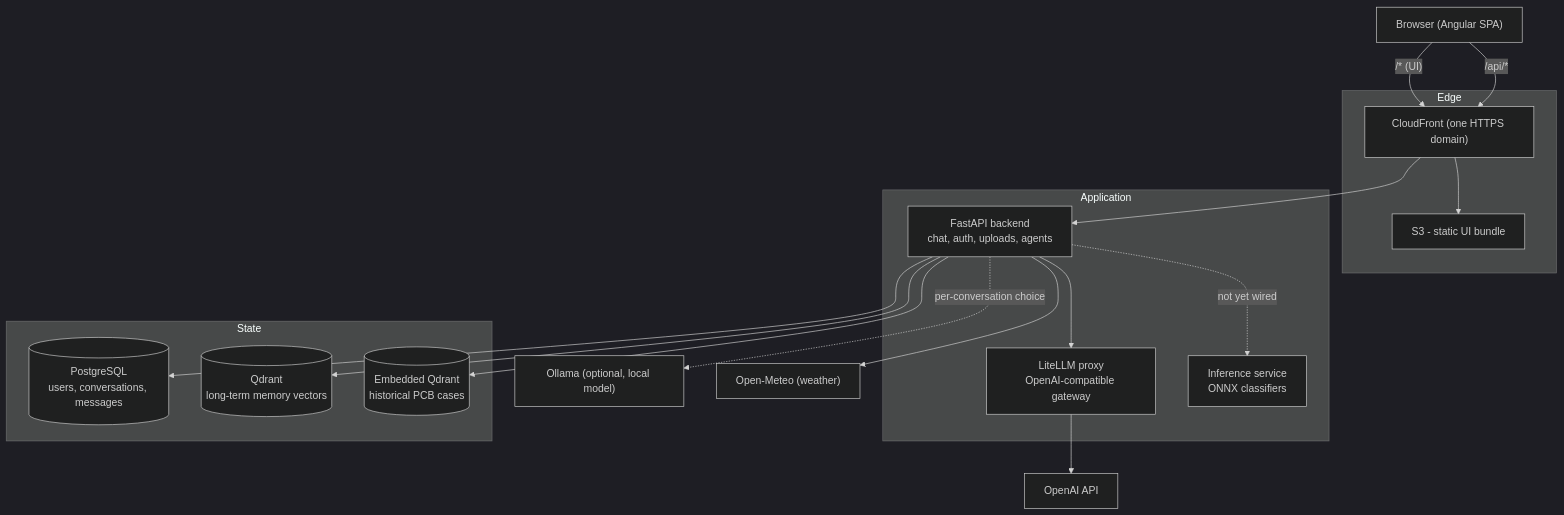
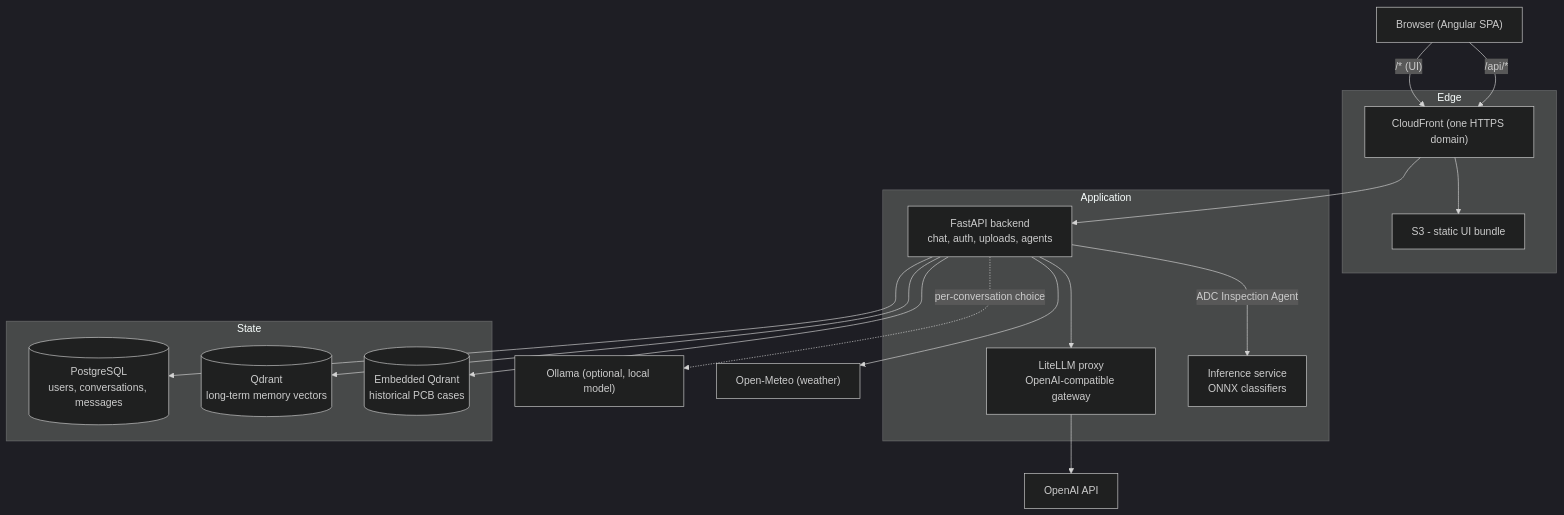
The first of 2 diagrams in docs/ARCHITECTURE.md (JC-prog/sentinel-pcb), drawn with Mermaid (dark theme) before and after one commit. The commit also changed other lines of this file and 2 other files, not shown here.

First line of the commit message:
docs: document the ADC inspection agent and intent router

````diff
--- a/docs/ARCHITECTURE.md
+++ b/docs/ARCHITECTURE.md
@@ -26,35 +26,35 @@
 ```mermaid
 flowchart TD
     browser["Browser (Angular SPA)"]
 
     subgraph edge["Edge"]
         cf["CloudFront (one HTTPS domain)"]
         s3["S3 - static UI bundle"]
     end
 
     subgraph app["Application"]
         be["FastAPI backend<br/>chat, auth, uploads, agents"]
         lite["LiteLLM proxy<br/>OpenAI-compatible gateway"]
         inf["Inference service<br/>ONNX classifiers"]
     end
 
     subgraph data["State"]
         pg[("PostgreSQL<br/>users, conversations, messages")]
         qd[("Qdrant<br/>long-term memory vectors")]
         eqd[("Embedded Qdrant<br/>historical PCB cases")]
     end
 
     openai["OpenAI API"]
     ollama["Ollama (optional, local model)"]
     ometeo["Open-Meteo (weather)"]
 
     browser -->|"/* (UI)"| cf --> s3
     browser -->|"/api/*"| cf --> be
     be --> pg
     be --> qd
     be --> lite --> openai
     be -.->|per-conversation choice| ollama
-    be -.->|not yet wired| inf
+    be -->|ADC Inspection Agent| inf
     be --> eqd
     be --> ometeo
 ```
````
